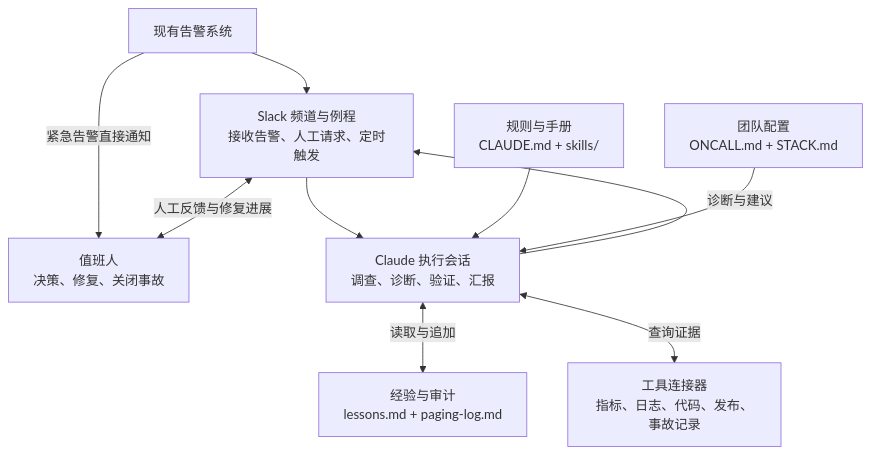
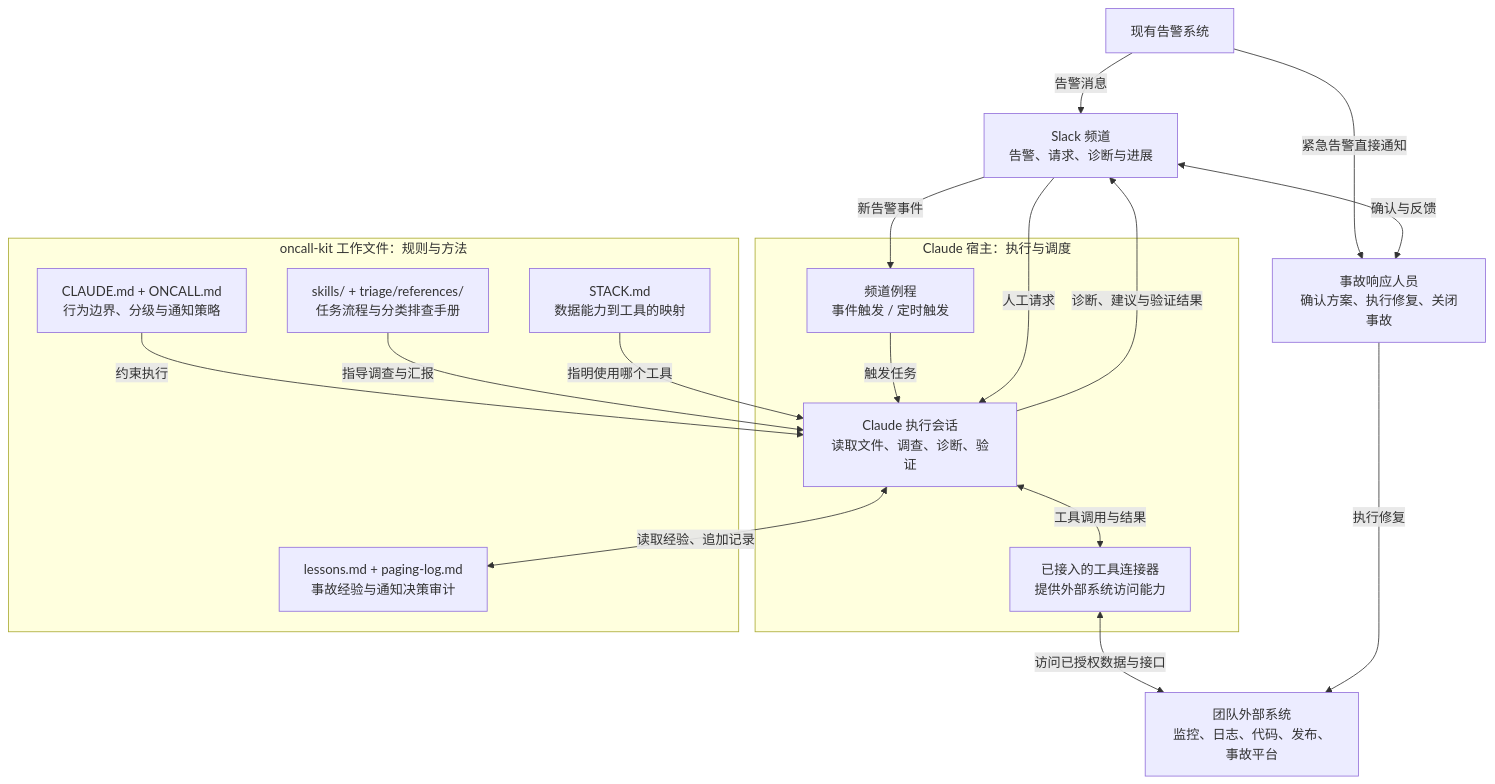
One commit to hachimin-wh/oncall-kit changed the first of 2 diagrams in docs/oncall-kit-研究报告-精简版.md. Above: the diagram before and after it, drawn with Mermaid. The commit also changed other lines of this file, not shown here.

Commit message:
docs: refine oncall-kit research report and workflow diagrams

````diff
--- a/docs/oncall-kit-研究报告-精简版.md
+++ b/docs/oncall-kit-研究报告-精简版.md
@@ -26,20 +17,35 @@
 ```mermaid
 flowchart TB
     ALERT["现有告警系统"]
-    HUMAN["值班人<br/>决策、修复、关闭事故"]
-    CHANNEL["Slack 频道与例程<br/>接收告警、人工请求、定时触发"]
-    AGENT["Claude 执行会话<br/>调查、诊断、验证、汇报"]
-    RULE["规则与手册<br/>CLAUDE.md + skills/"]
-    CONFIG["团队配置<br/>ONCALL.md + STACK.md"]
-    LOG["经验与审计<br/>lessons.md + paging-log.md"]
-    TOOLS["工具连接器<br/>指标、日志、代码、发布、事故记录"]
+    HUMAN["事故响应人员<br/>确认方案、执行修复、关闭事故"]
+    CHANNEL["Slack 频道<br/>告警、请求、诊断与进展"]
 
+    subgraph HOST["Claude 宿主：执行与调度"]
+        ROUTINE["频道例程<br/>事件触发 / 定时触发"]
+        AGENT["Claude 执行会话<br/>读取文件、调查、诊断、验证"]
+        TOOLS["已接入的工具连接器<br/>提供外部系统访问能力"]
+    end
+
+    subgraph REPO["oncall-kit 工作文件：规则与方法"]
+        RULE["CLAUDE.md + ONCALL.md<br/>行为边界、分级与通知策略"]
+        SKILL["skills/ + triage/references/<br/>任务流程与分类排查手册"]
+        STACK["STACK.md<br/>数据能力到工具的映射"]
+        LOG["lessons.md + paging-log.md<br/>事故经验与通知决策审计"]
+    end
+
+    SYSTEM["团队外部系统<br/>监控、日志、代码、发布、事故平台"]
+    ALERT -->|告警消息| CHANNEL
     ALERT -->|紧急告警直接通知| HUMAN
-    ALERT --> CHANNEL --> AGENT
-    RULE --> AGENT
-    CONFIG --> AGENT
-    AGENT <-->|读取与追加| LOG
-    AGENT <-->|查询证据| TOOLS
-    AGENT -->|诊断与建议| CHANNEL
-    CHANNEL <-->|人工反馈与修复进展| HUMAN
+    CHANNEL -->|新告警事件| ROUTINE
+    ROUTINE -->|触发任务| AGENT
+    CHANNEL -->|人工请求| AGENT
+    RULE -->|约束执行| AGENT
+    SKILL -->|指导调查与汇报| AGENT
+    STACK -->|指明使用哪个工具| AGENT
+    AGENT <-->|读取经验、追加记录| LOG
+    AGENT <-->|工具调用与结果| TOOLS
+    TOOLS <-->|访问已授权数据与接口| SYSTEM
+    AGENT -->|诊断、建议与验证结果| CHANNEL
+    CHANNEL <-->|确认与反馈| HUMAN
+    HUMAN -->|执行修复| SYSTEM
 ```
````
